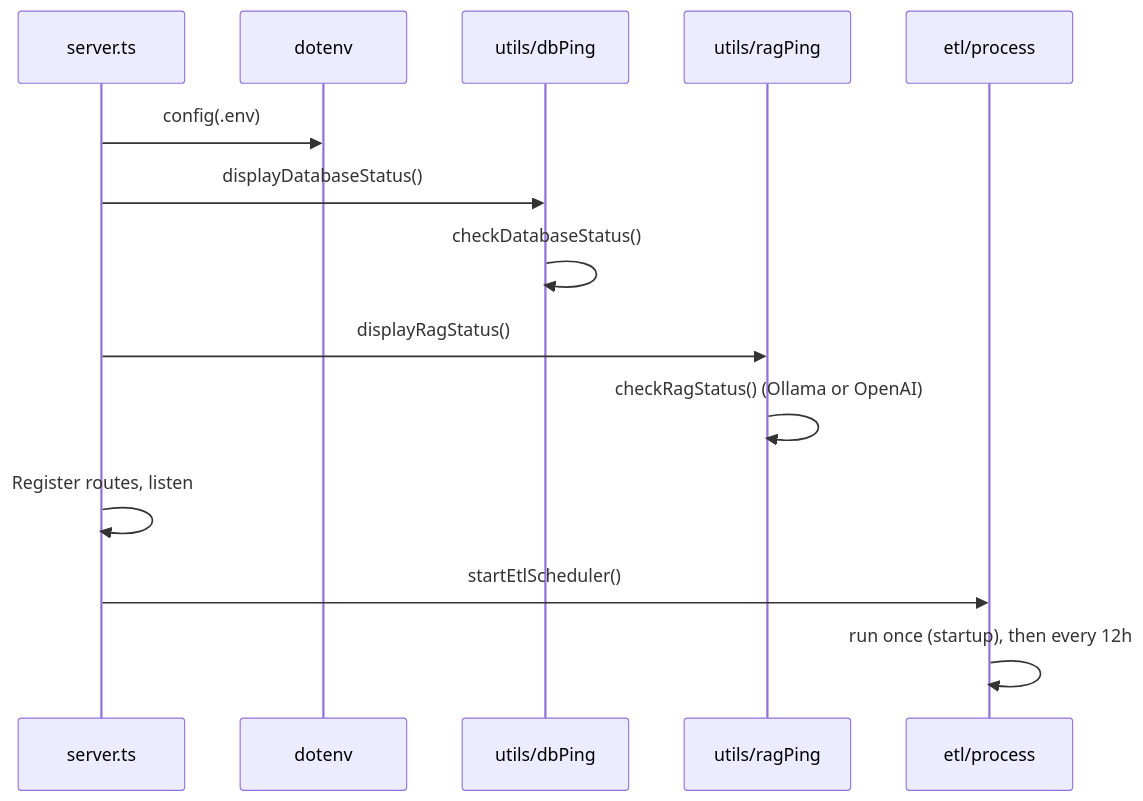
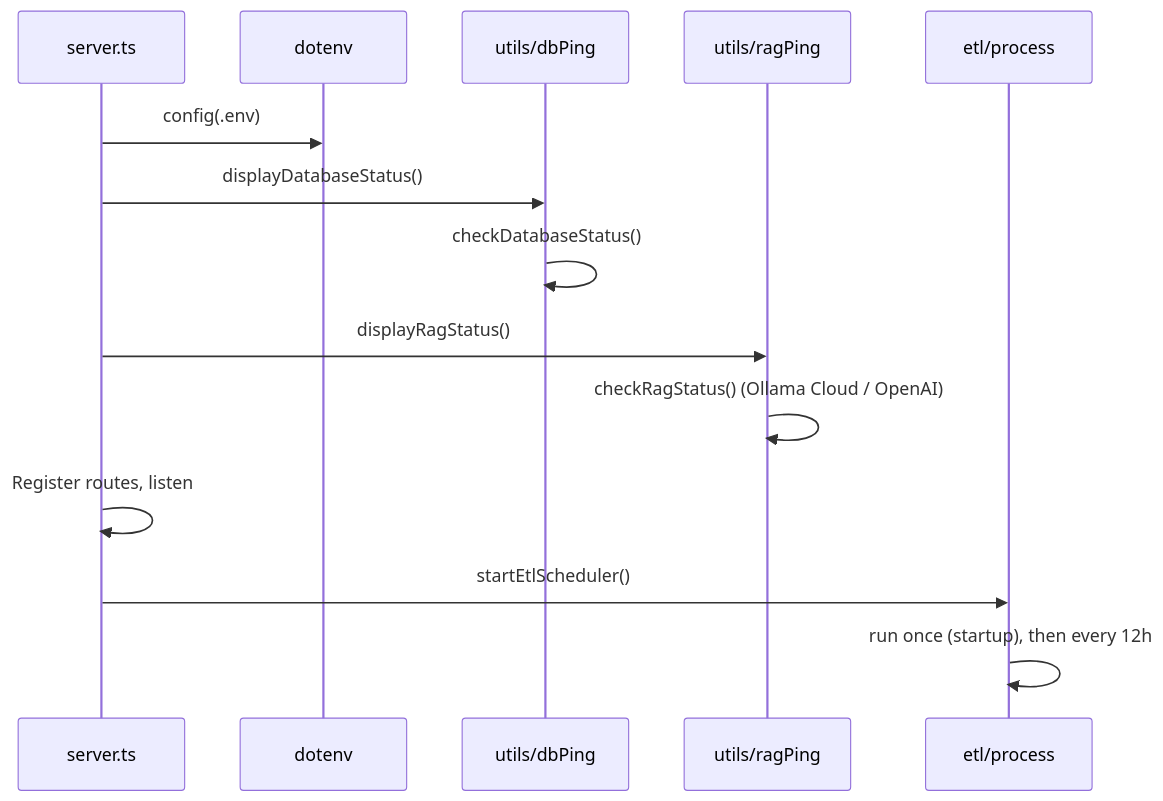
One commit to sorocode-comunidade/swanytello changed the sixth of 6 diagrams in docs/project_structure/project-structure.md. Above: the diagram before and after it, drawn with Mermaid. The commit also changed other lines of this file and 27 other files, not shown here.

````diff
--- a/docs/project_structure/project-structure.md
+++ b/docs/project_structure/project-structure.md
@@ -250,17 +249,17 @@
 ```mermaid
 sequenceDiagram
   participant Server as server.ts
   participant Dotenv as dotenv
   participant DBPing as utils/dbPing
   participant RAGPing as utils/ragPing
   participant ETL as etl/process
 
   Server->>Dotenv: config(.env)
   Server->>DBPing: displayDatabaseStatus()
   DBPing->>DBPing: checkDatabaseStatus()
   Server->>RAGPing: displayRagStatus()
-  RAGPing->>RAGPing: checkRagStatus() (Ollama or OpenAI)
+  RAGPing->>RAGPing: checkRagStatus() (Ollama Cloud / OpenAI)
   Server->>Server: Register routes, listen
   Server->>ETL: startEtlScheduler()
   ETL->>ETL: run once (startup), then every 12h
 ```
````
